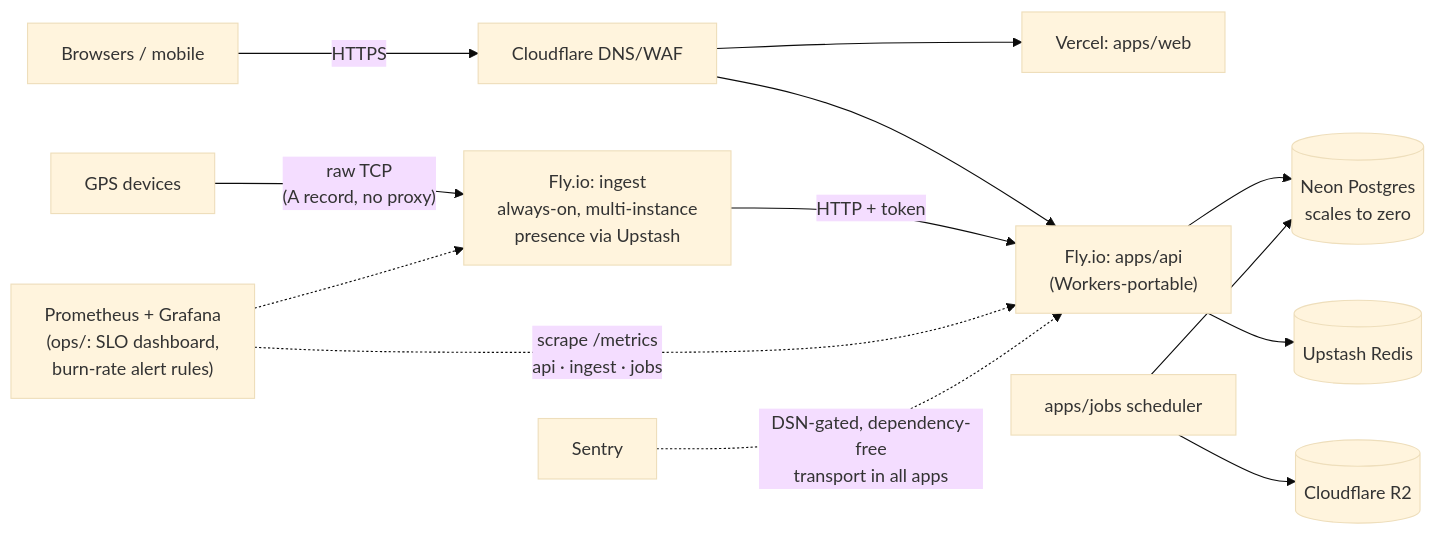
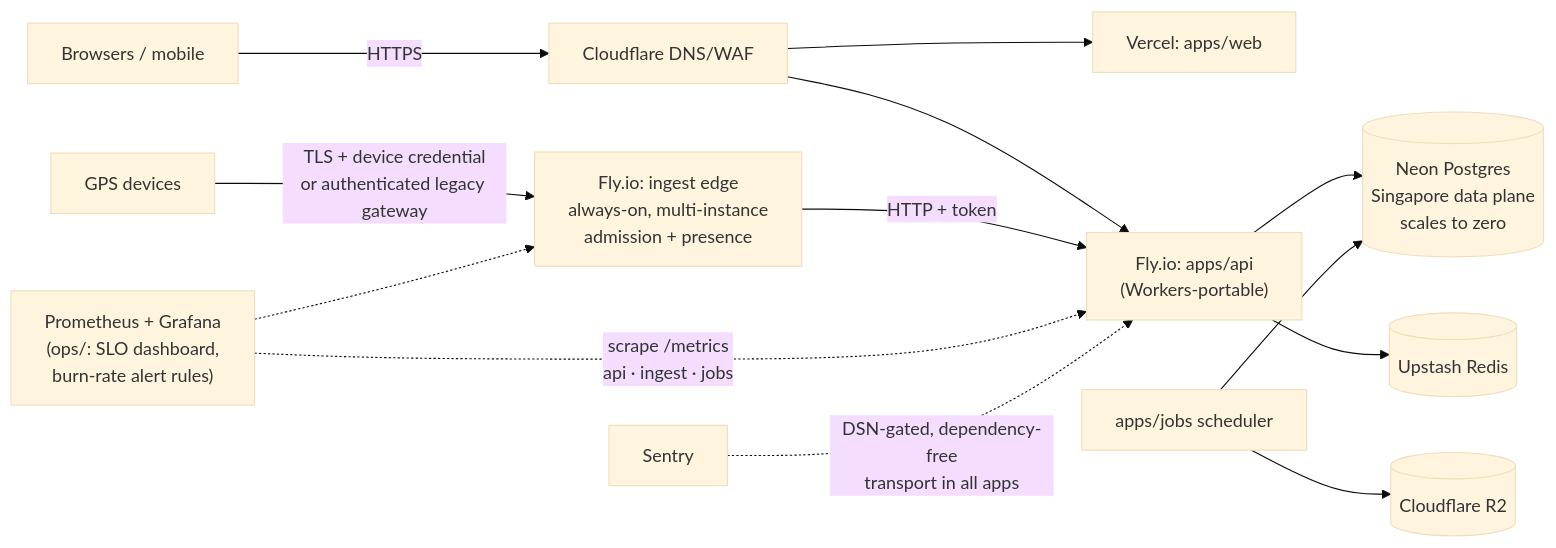
One commit to vins13pattar/trackflow-open-source changed the fourth of 4 diagrams in docs/ARCHITECTURE.md. Above: the diagram before and after it, drawn with Mermaid (base theme). The commit also changed other lines of this file and 10 other files, not shown here.

````diff
--- a/docs/ARCHITECTURE.md
+++ b/docs/ARCHITECTURE.md
@@ -126,15 +126,15 @@
 ```mermaid
 flowchart LR
-  DEV["GPS devices"] -- "raw TCP<br/>(A record, no proxy)" --> FLYI["Fly.io: ingest<br/>always-on, multi-instance<br/>presence via Upstash"]
+  DEV["GPS devices"] -- "TLS + device credential<br/>or authenticated legacy gateway" --> FLYI["Fly.io: ingest edge<br/>always-on, multi-instance<br/>admission + presence"]
   USERS["Browsers / mobile"] -- HTTPS --> CF["Cloudflare DNS/WAF"]
   CF --> VERCEL["Vercel: apps/web"]
   CF --> FLYA["Fly.io: apps/api<br/>(Workers-portable)"]
   FLYI -- "HTTP + token" --> FLYA
-  FLYA --> NEON[("Neon Postgres<br/>scales to zero")]
+  FLYA --> NEON[("Neon Postgres<br/>Singapore data plane<br/>scales to zero")]
   FLYA --> UP[("Upstash Redis")]
   CRON["apps/jobs scheduler"] --> NEON
   CRON --> R2b[("Cloudflare R2")]
   PROM["Prometheus + Grafana<br/>(ops/: SLO dashboard,<br/>burn-rate alert rules)"] -. "scrape /metrics<br/>api · ingest · jobs" .-> FLYA
   PROM -.-> FLYI
   SENTRY["Sentry"] -. "DSN-gated, dependency-free<br/>transport in all apps" .-> FLYA
 ```
````
